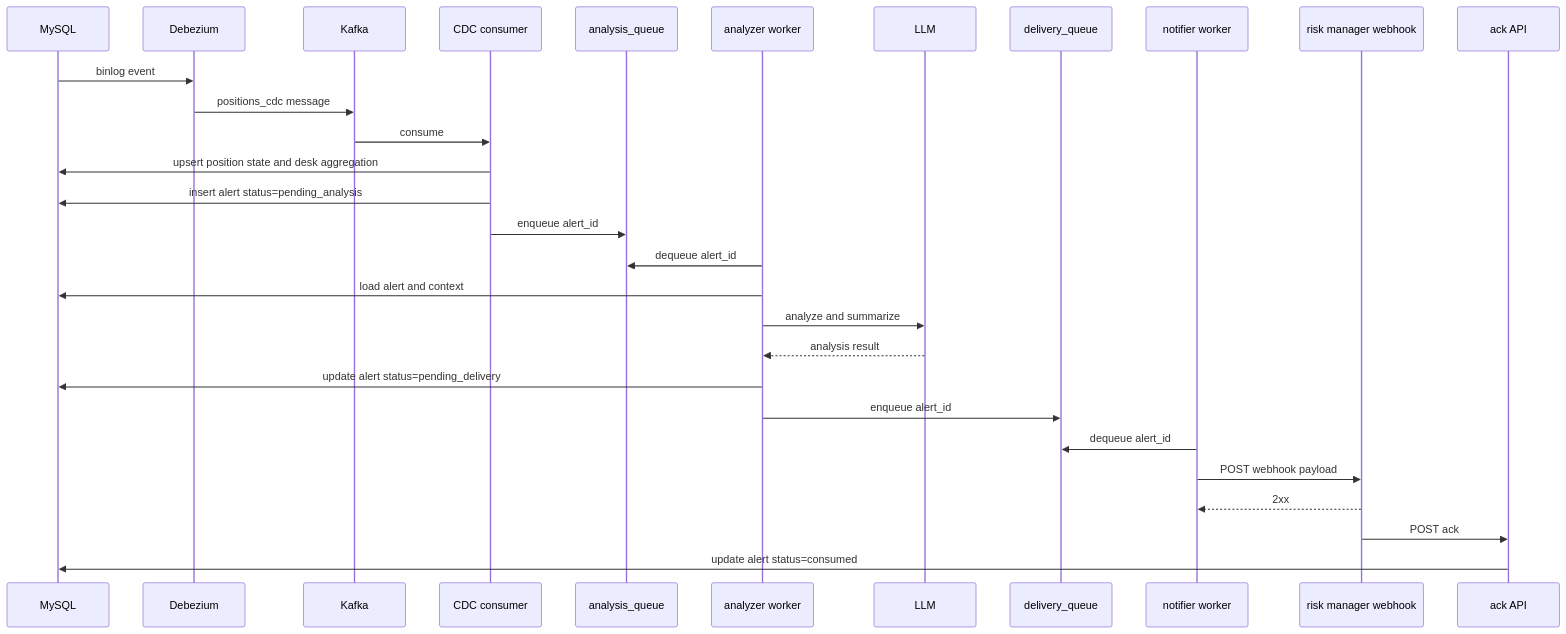
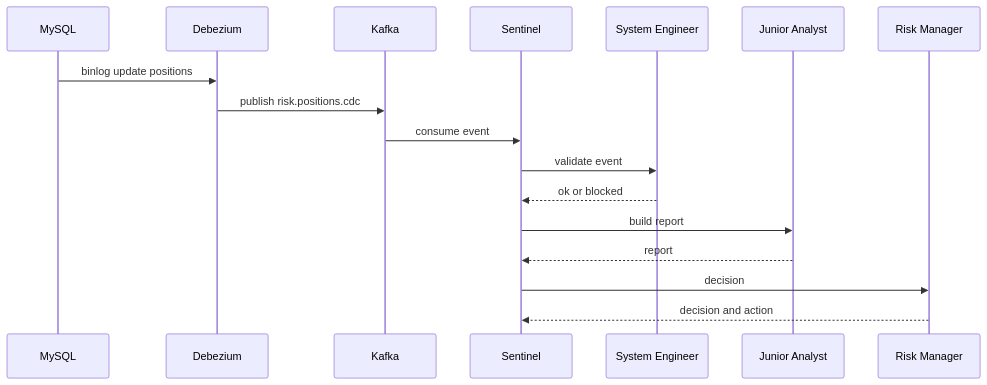
The third of 3 diagrams in docs/ARCHITECTURE.md (Zheng-Chuan/RiskMonitor-MultiAgent), drawn with Mermaid before and after one commit. The commit also changed other lines of this file and 18 other files, not shown here.

````diff
--- a/docs/ARCHITECTURE.md
+++ b/docs/ARCHITECTURE.md
@@ -241,34 +95,20 @@
 ```mermaid
 sequenceDiagram
   participant DB as MySQL
   participant Deb as Debezium
   participant K as Kafka
-  participant C as CDC consumer
-  participant Q1 as analysis_queue
-  participant Ana as analyzer worker
-  participant L as LLM
-  participant Q2 as delivery_queue
-  participant Not as notifier worker
-  participant RM as risk manager webhook
-  participant Ack as ack API
+  participant Sen as Sentinel
+  participant Eng as System Engineer
+  participant Ana as Junior Analyst
+  participant Mgr as Risk Manager
 
-  DB->>Deb: binlog event
-  Deb->>K: positions_cdc message
-  K->>C: consume
-  C->>DB: upsert position state and desk aggregation
-  C->>DB: insert alert status=pending_analysis
-  C->>Q1: enqueue alert_id
-
-  Ana->>Q1: dequeue alert_id
-  Ana->>DB: load alert and context
-  Ana->>L: analyze and summarize
-  L-->>Ana: analysis result
-  Ana->>DB: update alert status=pending_delivery
-  Ana->>Q2: enqueue alert_id
-
-  Not->>Q2: dequeue alert_id
-  Not->>RM: POST webhook payload
-  RM-->>Not: 2xx
-  RM->>Ack: POST ack
-  Ack->>DB: update alert status=consumed
+  DB->>Deb: binlog update positions
+  Deb->>K: publish risk.positions.cdc
+  K->>Sen: consume event
+  Sen->>Eng: validate event
+  Eng-->>Sen: ok or blocked
+  Sen->>Ana: build report
+  Ana-->>Sen: report
+  Sen->>Mgr: decision
+  Mgr-->>Sen: decision and action
 ```
````
